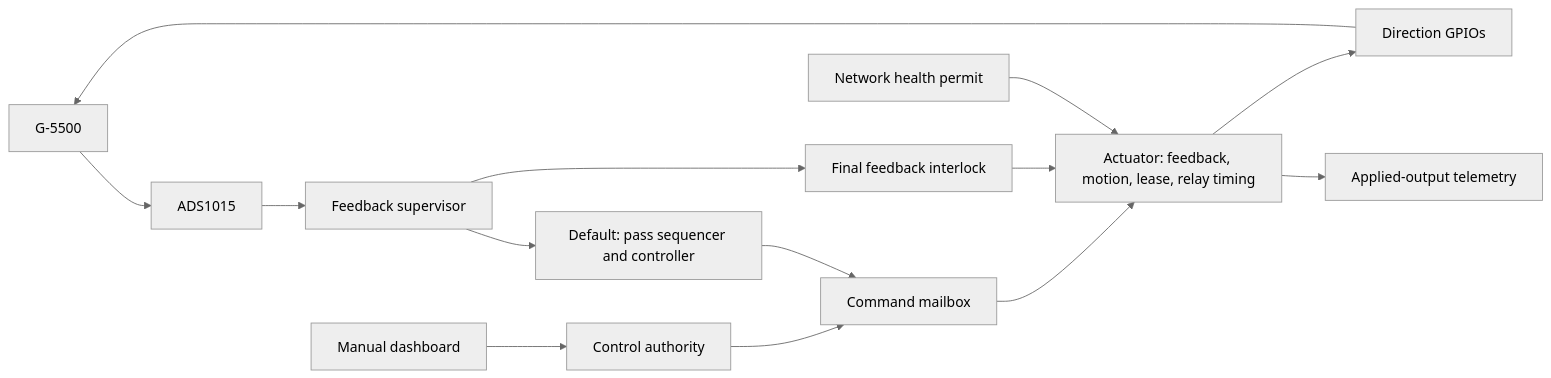
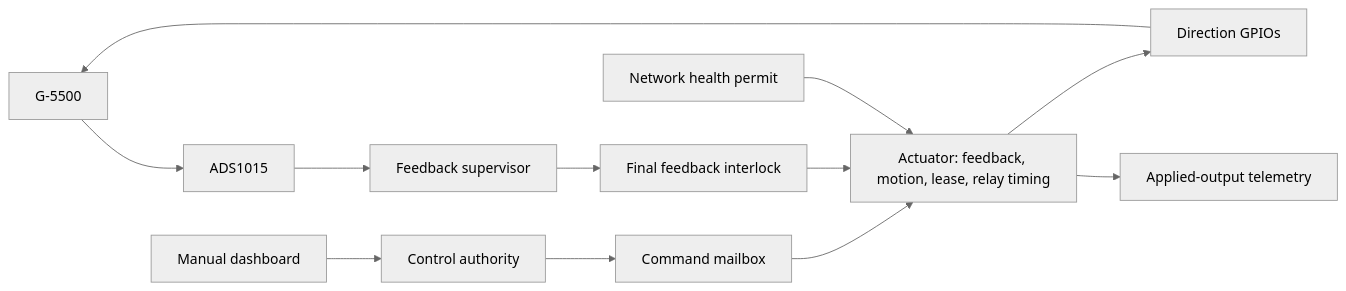
One commit to tteggel/ezal changed the diagram in docs/ARCHITECTURE.md. Above: the diagram before and after it, drawn with Mermaid (neutral theme). The commit also changed other lines of this file and 22 other files, not shown here.

````diff
--- a/docs/ARCHITECTURE.md
+++ b/docs/ARCHITECTURE.md
@@ -13,16 +13,14 @@
 ```mermaid
 flowchart LR
     R[G-5500] --> ADC[ADS1015]
     ADC --> F[Feedback supervisor]
-    F --> C[Default: pass sequencer and controller]
     F --> I[Final feedback interlock]
     B[Manual dashboard] --> O[Control authority]
     O --> M[Command mailbox]
-    C --> M
     M --> G[Actuator: feedback, motion, lease, relay timing]
     I --> G
     N[Network health permit] --> G
     G --> P[Direction GPIOs]
     P --> R
     G --> T[Applied-output telemetry]
 ```
````
